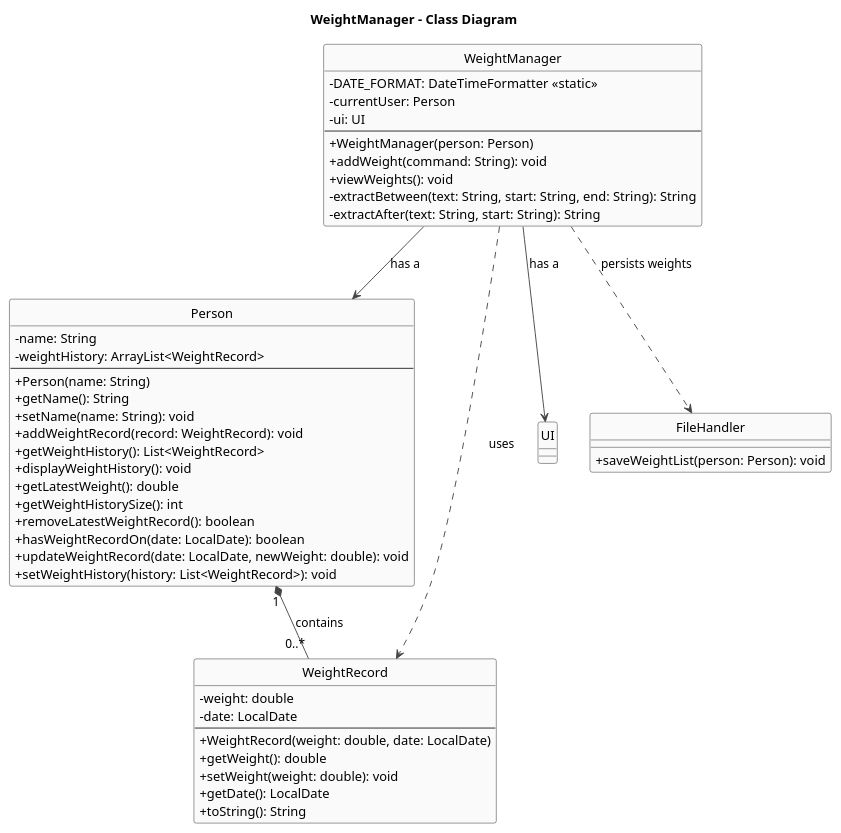
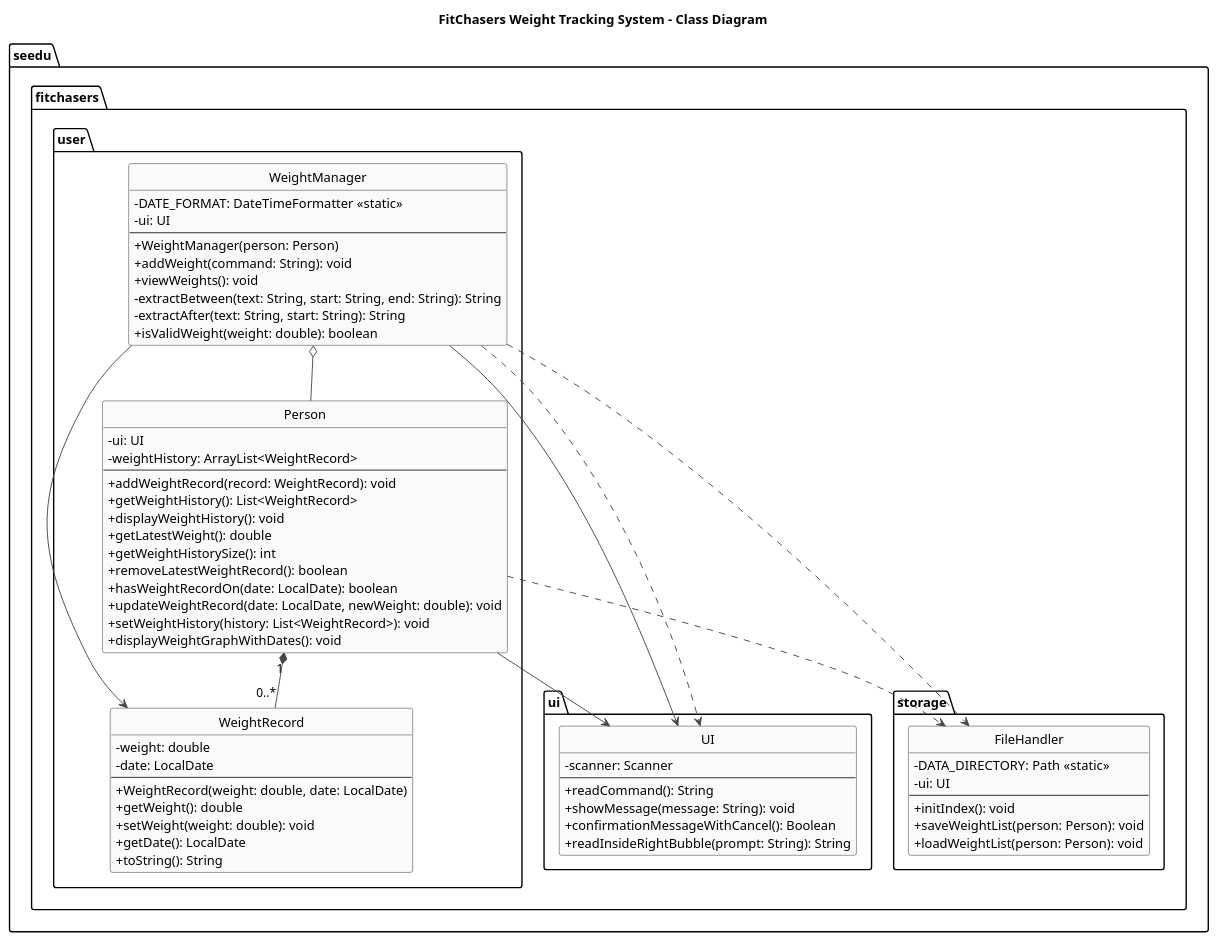
Before and after one commit to Exceptional-Khoi/tp: the diagram in docs/diagrams/WeightManager_Class_Diagram.puml, drawn with PlantUML. The commit also changed 13 other files, not shown here.

Commit message:
Edit DG class diagrams

```diff
--- a/docs/diagrams/WeightManager_Class_Diagram.puml
+++ b/docs/diagrams/WeightManager_Class_Diagram.puml
@@ -1,75 +1,94 @@
 @startuml
-title WeightManager – Class Diagram
-
+title FitChasers Weight Tracking System - Class Diagram
 skinparam shadowing false
 skinparam classAttributeIconSize 0
 skinparam ArrowColor #444
 skinparam ClassBorderColor #222
 skinparam ClassBackgroundColor #FAFAFA
 
 hide circle
 hide stereotype
 
-' ===== Classes =====
-class WeightManager {
-  -DATE_FORMAT: DateTimeFormatter <<static>>
-  -currentUser: Person
-  -ui: UI
-  --
-  +WeightManager(person: Person)
-  +addWeight(command: String): void
-  +viewWeights(): void
-  -extractBetween(text: String, start: String, end: String): String
-  -extractAfter(text: String, start: String): String
+' ============== PACKAGE: seedu.fitchasers.user ==============
+package "seedu.fitchasers.user" {
+  class WeightManager {
+    -DATE_FORMAT: DateTimeFormatter <<static>>
+    -ui: UI
+    --
+    +WeightManager(person: Person)
+    +addWeight(command: String): void
+    +viewWeights(): void
+    -extractBetween(text: String, start: String, end: String): String
+    -extractAfter(text: String, start: String): String
+    +isValidWeight(weight: double): boolean
+  }
+
+  class Person {
+    -ui: UI
+    -weightHistory: ArrayList<WeightRecord>
+    --
+    +addWeightRecord(record: WeightRecord): void
+    +getWeightHistory(): List<WeightRecord>
+    +displayWeightHistory(): void
+    +getLatestWeight(): double
+    +getWeightHistorySize(): int
+    +removeLatestWeightRecord(): boolean
+    +hasWeightRecordOn(date: LocalDate): boolean
+    +updateWeightRecord(date: LocalDate, newWeight: double): void
+    +setWeightHistory(history: List<WeightRecord>): void
+    +displayWeightGraphWithDates(): void
+  }
+
+  class WeightRecord {
+    -weight: double
+    -date: LocalDate
+    --
+    +WeightRecord(weight: double, date: LocalDate)
+    +getWeight(): double
+    +setWeight(weight: double): void
+    +getDate(): LocalDate
+    +toString(): String
+  }
 }
 
-class Person {
-  -name: String
-  -weightHistory: ArrayList<WeightRecord>
-  --
-  +Person(name: String)
-  +getName(): String
-  +setName(name: String): void
-  +addWeightRecord(record: WeightRecord): void
-  +getWeightHistory(): List<WeightRecord>
-  +displayWeightHistory(): void
-  +getLatestWeight(): double
-  +getWeightHistorySize(): int
-  +removeLatestWeightRecord(): boolean
-  +hasWeightRecordOn(date: LocalDate): boolean
-  +updateWeightRecord(date: LocalDate, newWeight: double): void
-  +setWeightHistory(history: List<WeightRecord>): void
+' ============== PACKAGE: seedu.fitchasers.ui ==============
+package "seedu.fitchasers.ui" {
+  class UI {
+    -scanner: Scanner
+    --
+    +readCommand(): String
+    +showMessage(message: String): void
+    +confirmationMessageWithCancel(): Boolean
+    +readInsideRightBubble(prompt: String): String
+  }
 }
 
-class WeightRecord {
-  -weight: double
-  -date: LocalDate
-  --
-  +WeightRecord(weight: double, date: LocalDate)
-  +getWeight(): double
-  +setWeight(weight: double): void
-  +getDate(): LocalDate
-  +toString(): String
+' ============== PACKAGE: seedu.fitchasers.storage ==============
+package "seedu.fitchasers.storage" {
+  class FileHandler {
+    -DATA_DIRECTORY: Path <<static>>
+    -ui: UI
+    --
+    +initIndex(): void
+    +saveWeightList(person: Person): void
+    +loadWeightList(person: Person): void
+  }
 }
 
-class UI
+' ============== RELATIONSHIPS ==============
+' Composition
+Person "1" *-- "0..*" WeightRecord
 
-class FileHandler {
-  +saveWeightList(person: Person): void
-}
+' Aggregation / Dependency
+WeightManager o-- Person
+WeightManager --> UI
+Person --> UI
 
-' ===== Relationships =====
-' WeightManager holds references to Person and UI
-WeightManager --> Person : has a
-WeightManager --> UI : has a
+WeightManager ..> FileHandler
+Person ..> FileHandler
 
-' WeightManager creates/uses FileHandler (dependency)
-WeightManager ..> FileHandler : persists weights
-
-' WeightManager uses WeightRecord to add/update records (dependency)
-WeightManager ..> WeightRecord : uses
-
-' Person owns many WeightRecord entries
-Person "1" *-- "0..*" WeightRecord : contains
+' Method calls
+WeightManager --> WeightRecord
+WeightManager ..> UI
 
 @enduml
```
